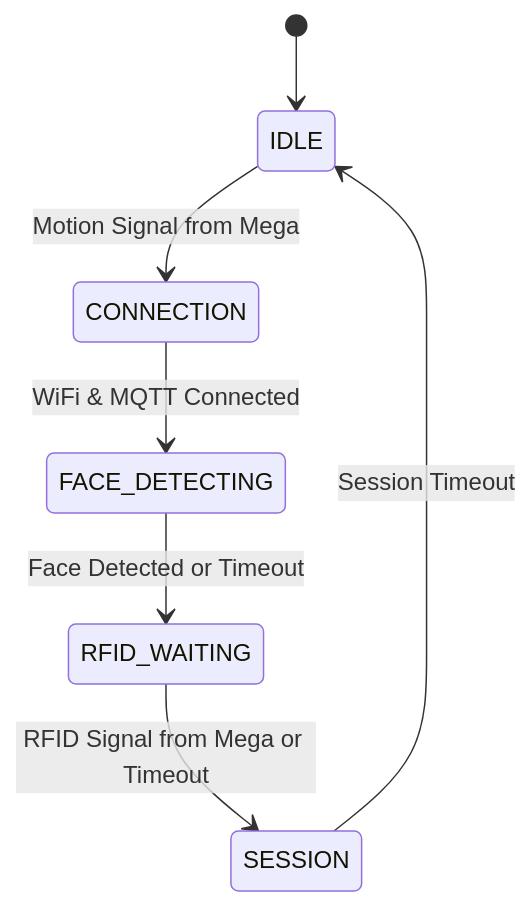
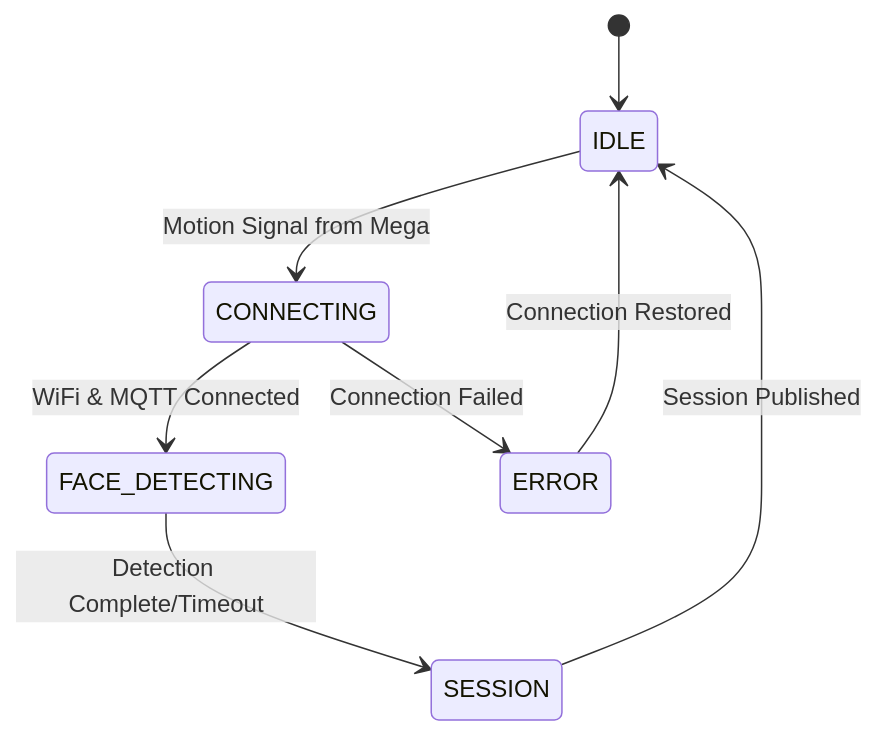
Before and after one commit to KalebCole/Campus-Security-and-Evacuation-System: the first of 2 diagrams in ESP32-Arduino-Framework-NOFACEDETECTIOn/README.md, drawn with Mermaid. The commit also changed other lines of this file and 25 other files, not shown here.

````diff
--- a/ESP32-Arduino-Framework-NOFACEDETECTIOn/README.md
+++ b/ESP32-Arduino-Framework-NOFACEDETECTIOn/README.md
@@ -39,9 +60,11 @@
 ```mermaid
 stateDiagram-v2
     [*] --> IDLE
-    IDLE --> CONNECTION: Motion Signal from Mega
-    CONNECTION --> FACE_DETECTING: WiFi & MQTT Connected
-    FACE_DETECTING --> RFID_WAITING: Face Detected or Timeout
-    RFID_WAITING --> SESSION: RFID Signal from Mega or Timeout
-    SESSION --> IDLE: Session Timeout
+    IDLE --> CONNECTING: Motion Signal from Mega
+    CONNECTING --> FACE_DETECTING: WiFi & MQTT Connected
+    CONNECTING --> ERROR: Connection Failed
+    FACE_DETECTING --> SESSION: Detection Complete/Timeout
+    SESSION --> IDLE: Session Published
+    
+    ERROR --> IDLE: Connection Restored
 ```
````
